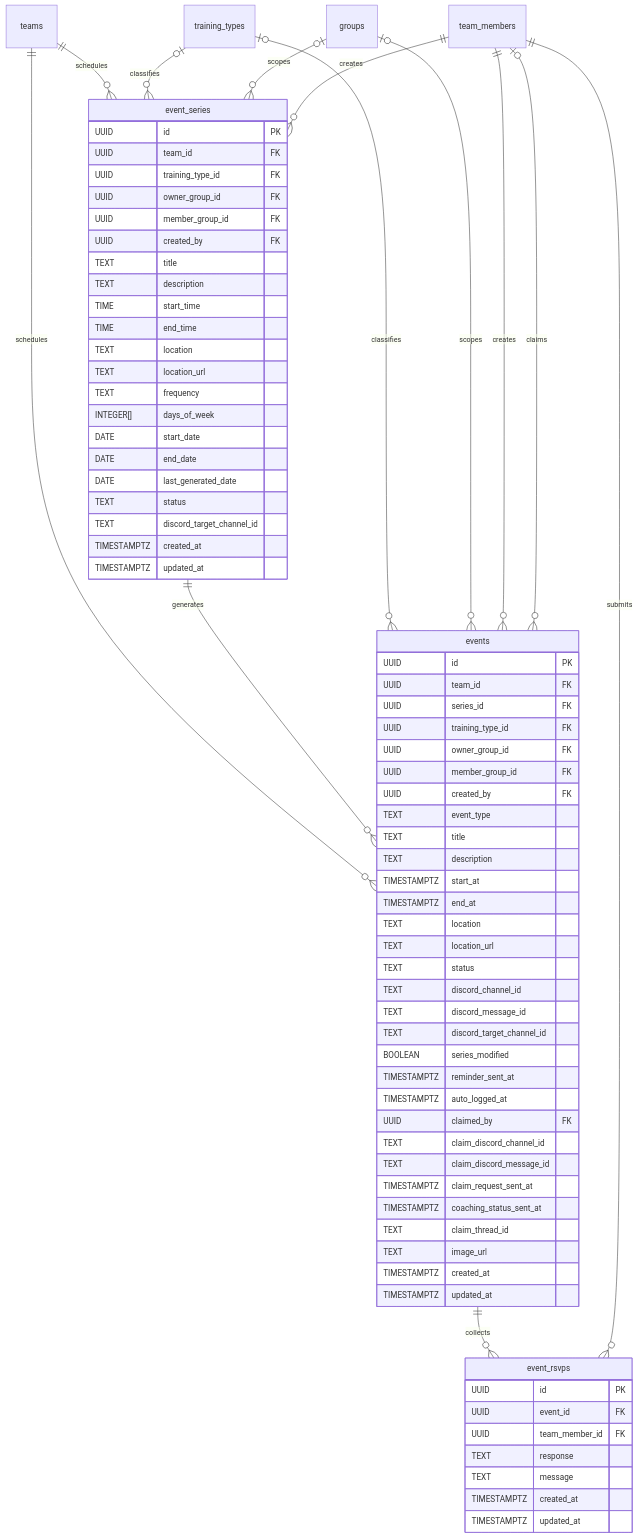
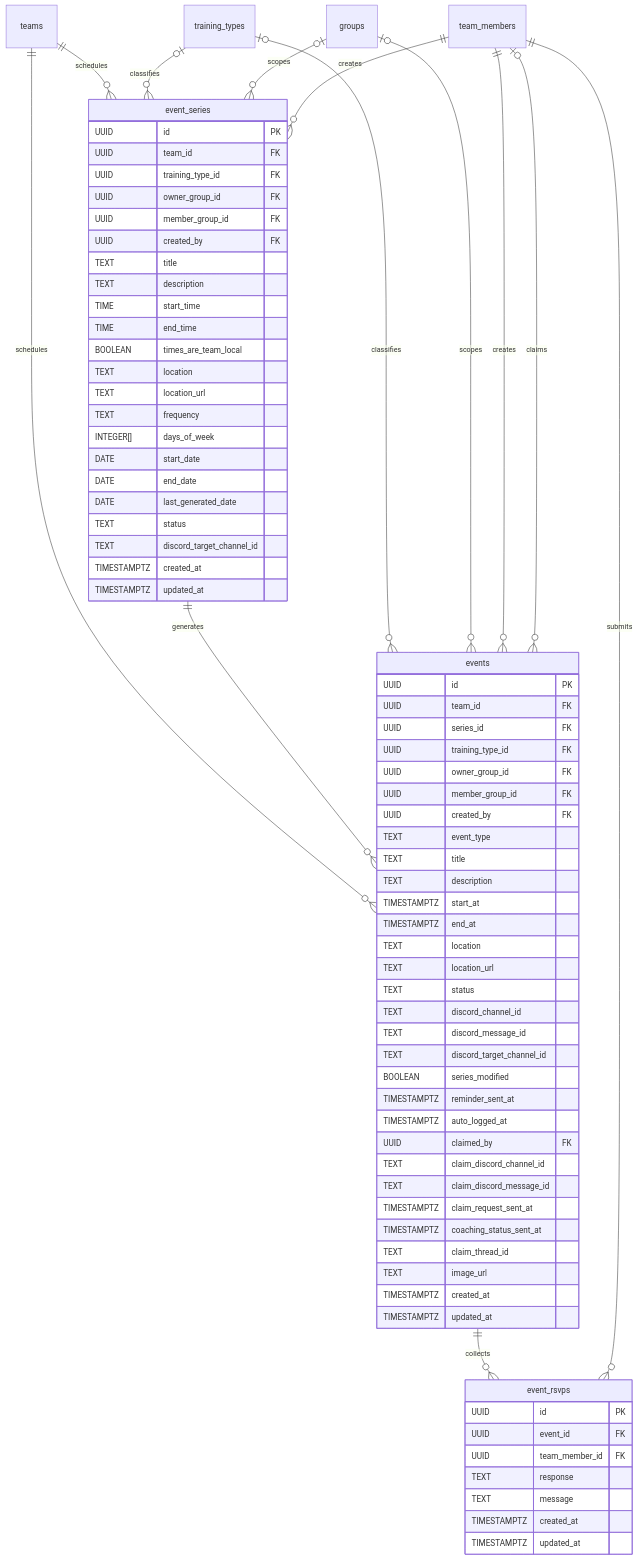
One commit to sideline-cz/sideline changed the seventh of 22 diagrams in docs/thesis/er-diagram.md. Above: the diagram before and after it, drawn with Mermaid. The commit also changed 29 other files, not shown here.

```diff
--- a/docs/thesis/er-diagram.md
+++ b/docs/thesis/er-diagram.md
@@ -503,6 +503,7 @@
         TEXT description
         TIME start_time
         TIME end_time
+        BOOLEAN times_are_team_local
         TEXT location
         TEXT location_url
         TEXT frequency
```
